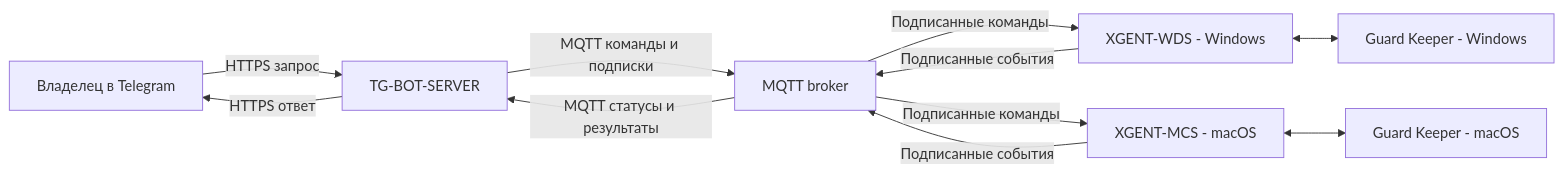
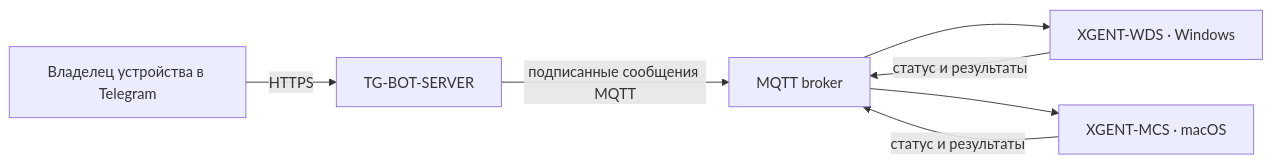
Before and after one commit to invinby/XIDER: the diagram in README.ru.md, drawn with Mermaid. The commit also changed other lines of this file and 10 other files, not shown here.

````diff
--- a/README.ru.md
+++ b/README.ru.md
@@ -31,13 +14,9 @@
 ```mermaid
-graph LR
-    User["Владелец в Telegram"] -->|HTTPS запрос| Bot["TG-BOT-SERVER"]
-    Bot -->|HTTPS ответ| User
-    Bot -->|MQTT команды и подписки| Broker["MQTT broker"]
-    Broker -->|MQTT статусы и результаты| Bot
-    Broker -->|Подписанные команды| Win["XGENT-WDS - Windows"]
-    Win -->|Подписанные события| Broker
-    Broker -->|Подписанные команды| Mac["XGENT-MCS - macOS"]
-    Mac -->|Подписанные события| Broker
-    Win <--> GKW["Guard Keeper - Windows"]
-    Mac <--> GKM["Guard Keeper - macOS"]
+flowchart LR
+    Owner["Владелец устройства в Telegram"] -->|HTTPS| Bot["TG-BOT-SERVER"]
+    Bot -->|подписанные сообщения MQTT| Broker["MQTT broker"]
+    Broker --> Win["XGENT-WDS · Windows"]
+    Broker --> Mac["XGENT-MCS · macOS"]
+    Win -->|статус и результаты| Broker
+    Mac -->|статус и результаты| Broker
 ```
````
